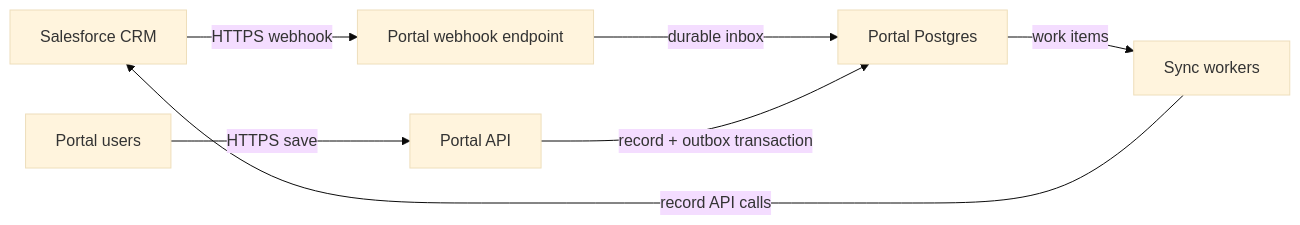
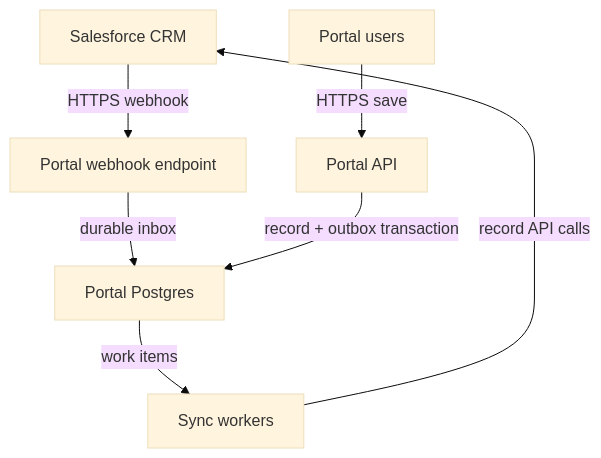
The diagram in docs/design.md (Aryanjstar/tequity-round1-design), drawn with Mermaid (base theme) before and after one commit. The commit also changed other lines of this file and 1 other file, not shown here.

````diff
--- a/docs/design.md
+++ b/docs/design.md
@@ -13,9 +13,9 @@
 ```mermaid
-flowchart LR
+flowchart TB
   SF["Salesforce CRM"] -->|"HTTPS webhook"| WH["Portal webhook endpoint"]
   WH -->|"durable inbox"| DB["Portal Postgres"]
   DB -->|"work items"| W["Sync workers"]
   W -->|"record API calls"| SF
   U["Portal users"] -->|"HTTPS save"| APP["Portal API"]
   APP -->|"record + outbox transaction"| DB
 ```
````
